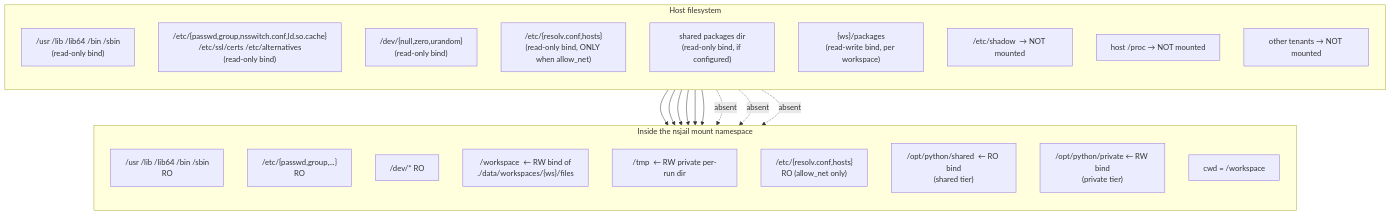
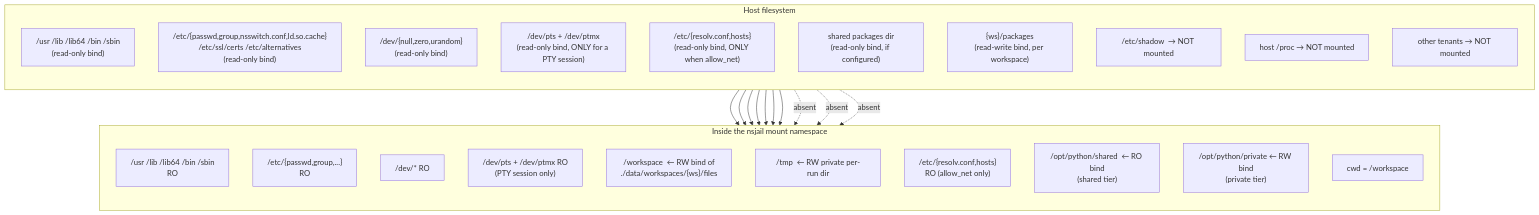
The tenth of 17 diagrams in docs/ARCHITECTURE.md (M3-mo2/cloud-service), drawn with Mermaid before and after one commit. The commit also changed other lines of this file and 22 other files, not shown here.

````diff
--- a/docs/ARCHITECTURE.md
+++ b/docs/ARCHITECTURE.md
@@ -447,38 +460,41 @@
 ```mermaid
 flowchart TB
     subgraph HOST["Host filesystem"]
         direction TB
         H1["/usr /lib /lib64 /bin /sbin\n(read-only bind)"]
         H2["/etc/{passwd,group,nsswitch.conf,ld.so.cache}\n/etc/ssl/certs /etc/alternatives\n(read-only bind)"]
         H3["/dev/{null,zero,urandom}\n(read-only bind)"]
+        H10["/dev/pts + /dev/ptmx\n(read-only bind, ONLY for a PTY session)"]
         H7["/etc/{resolv.conf,hosts}\n(read-only bind, ONLY when allow_net)"]
         H8["shared packages dir\n(read-only bind, if configured)"]
         H9["{ws}/packages\n(read-write bind, per workspace)"]
         H4["/etc/shadow  → NOT mounted"]
         H5["host /proc   → NOT mounted"]
         H6["other tenants → NOT mounted"]
     end
 
     subgraph JAIL["Inside the nsjail mount namespace"]
         direction TB
         J1["/usr /lib /lib64 /bin /sbin\nRO"]
         J2["/etc/{passwd,group,...}\nRO"]
         J3["/dev/* RO"]
+        J10["/dev/pts + /dev/ptmx RO\n(PTY session only)"]
         J4["/workspace  ← RW bind of\n./data/workspaces/{ws}/files"]
         J5["/tmp  ← RW private per-run dir"]
         J7["/etc/{resolv.conf,hosts}\nRO (allow_net only)"]
         J8["/opt/python/shared  ← RO bind\n(shared tier)"]
         J9["/opt/python/private ← RW bind\n(private tier)"]
         J6["cwd = /workspace"]
     end
 
     H1 --> J1
     H2 --> J2
     H3 --> J3
+    H10 --> J10
     H7 --> J7
     H8 --> J8
     H9 --> J9
     H4 -.->|absent| JAIL
     H5 -.->|absent| JAIL
     H6 -.->|absent| JAIL
 ```
````
